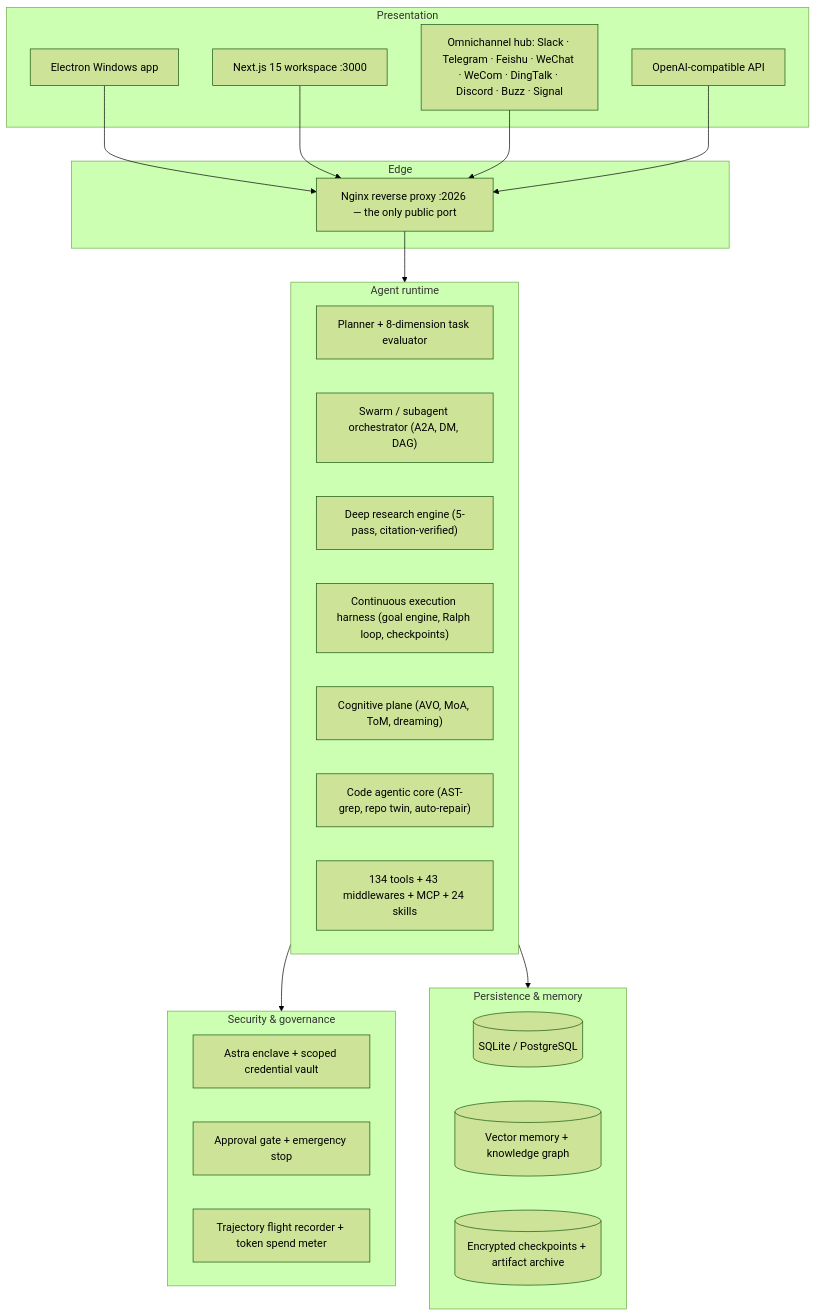
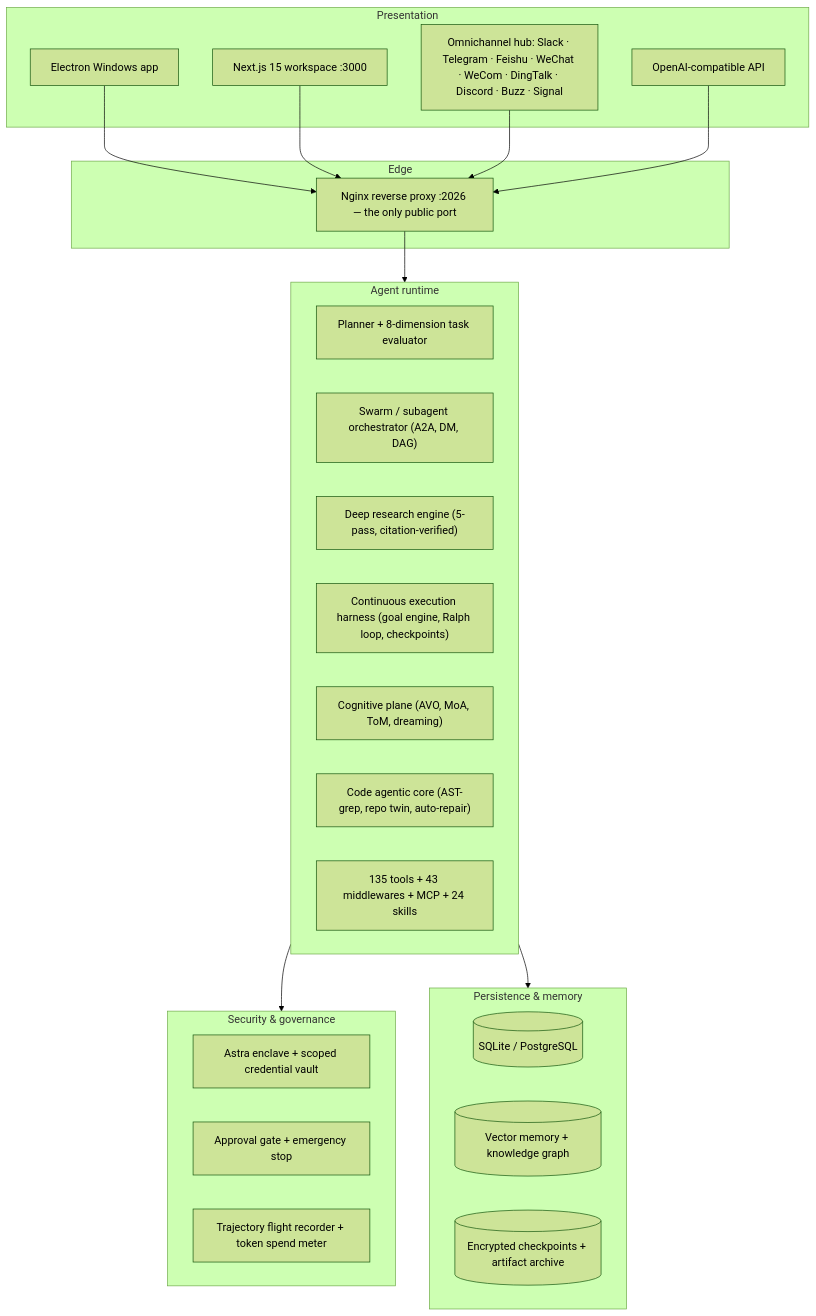
One commit to itsPremkumar/alpha changed the diagram in README.md. Above: the diagram before and after it, drawn with Mermaid (forest theme). The commit also changed other lines of this file and 31 other files, not shown here.

````diff
--- a/README.md
+++ b/README.md
@@ -135,43 +135,43 @@
 ```mermaid
 flowchart TB
     subgraph Presentation ["Presentation"]
         Electron["Electron Windows app"]
         Web["Next.js 15 workspace :3000"]
         IM["Omnichannel hub: Slack · Telegram · Feishu · WeChat · WeCom · DingTalk · Discord · Buzz · Signal"]
         OpenAICompat["OpenAI-compatible API"]
     end
 
     subgraph Edge ["Edge"]
         Nginx["Nginx reverse proxy :2026 — the only public port"]
     end
 
     subgraph Runtime ["Agent runtime"]
         Planner["Planner + 8-dimension task evaluator"]
         Orchestrator["Swarm / subagent orchestrator (A2A, DM, DAG)"]
         Research["Deep research engine (5-pass, citation-verified)"]
         Harness["Continuous execution harness (goal engine, Ralph loop, checkpoints)"]
         Cognition["Cognitive plane (AVO, MoA, ToM, dreaming)"]
         CodeCore["Code agentic core (AST-grep, repo twin, auto-repair)"]
-        Tools["134 tools + 43 middlewares + MCP + 24 skills"]
+        Tools["135 tools + 43 middlewares + MCP + 24 skills"]
     end
 
     subgraph Security ["Security & governance"]
         Astra["Astra enclave + scoped credential vault"]
         Approval["Approval gate + emergency stop"]
         Audit["Trajectory flight recorder + token spend meter"]
     end
 
     subgraph Storage ["Persistence & memory"]
         DB[("SQLite / PostgreSQL")]
         Mem[("Vector memory + knowledge graph")]
         CKPT[("Encrypted checkpoints + artifact archive")]
     end
 
     Electron --> Nginx
     Web --> Nginx
     IM --> Nginx
     OpenAICompat --> Nginx
     Nginx --> Runtime
     Runtime --> Security
     Runtime --> Storage
 ```
````
